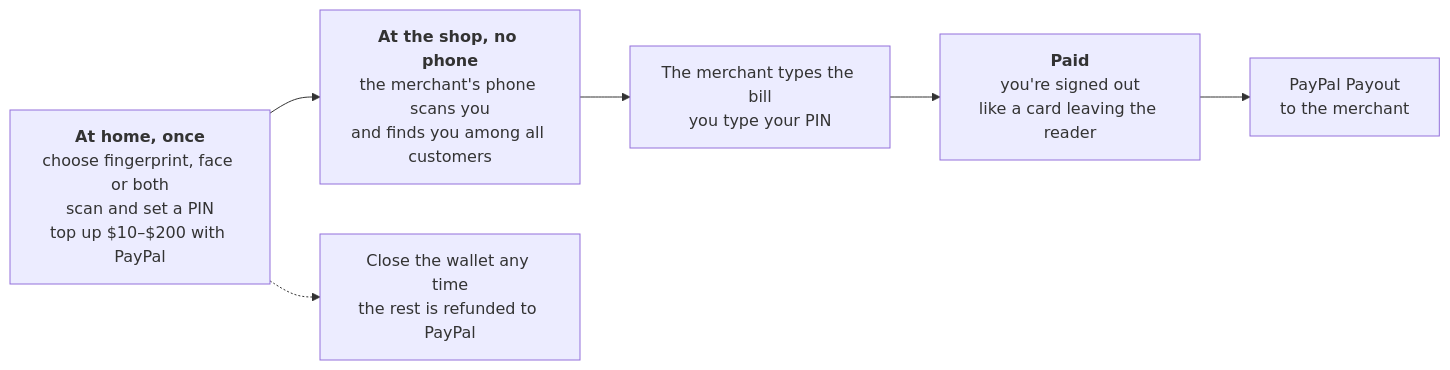
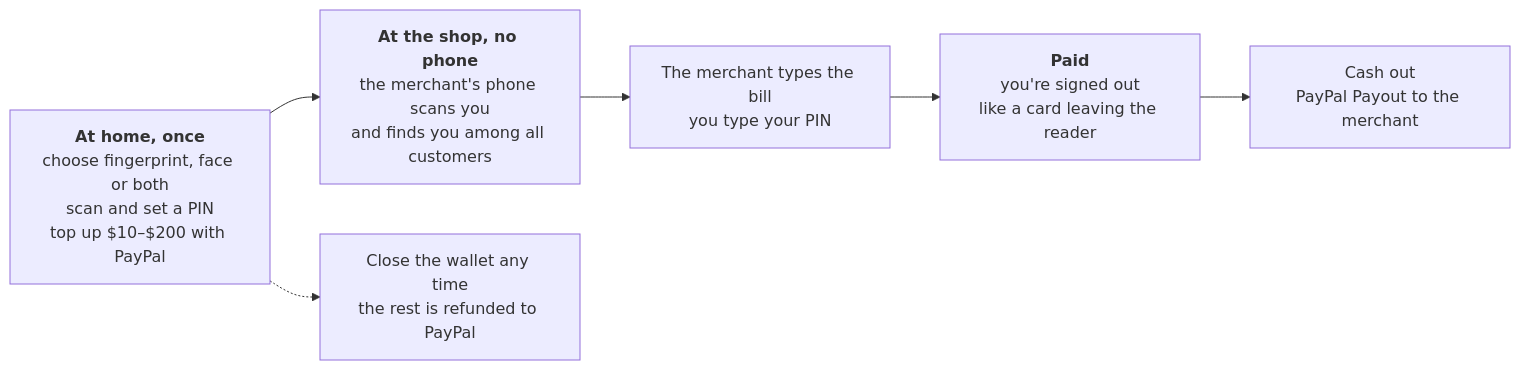
One commit to Ritesh-Root/pulsepay-paypal changed the first of 6 diagrams in README.md. Above: the diagram before and after it, drawn with Mermaid. The commit also changed other lines of this file and 19 other files, not shown here.

First line of the commit message:
New README with screenshots, GIF and diagrams; phone-friendly dashboard grids

````diff
--- a/README.md
+++ b/README.md
@@ -34,11 +136,11 @@
 ```mermaid
 flowchart LR
     A["<b>At home, once</b><br/>choose fingerprint, face or both<br/>scan and set a PIN<br/>top up $10–$200 with PayPal"]
     B["<b>At the shop, no phone</b><br/>the merchant's phone scans you<br/>and finds you among all customers"]
     C["The merchant types the bill<br/>you type your PIN"]
     D["<b>Paid</b><br/>you're signed out<br/>like a card leaving the reader"]
-    E["PayPal Payout<br/>to the merchant"]
+    E["Cash out<br/>PayPal Payout to the merchant"]
     F["Close the wallet any time<br/>the rest is refunded to PayPal"]
     A --> B --> C --> D --> E
     A -.-> F
 ```
````
